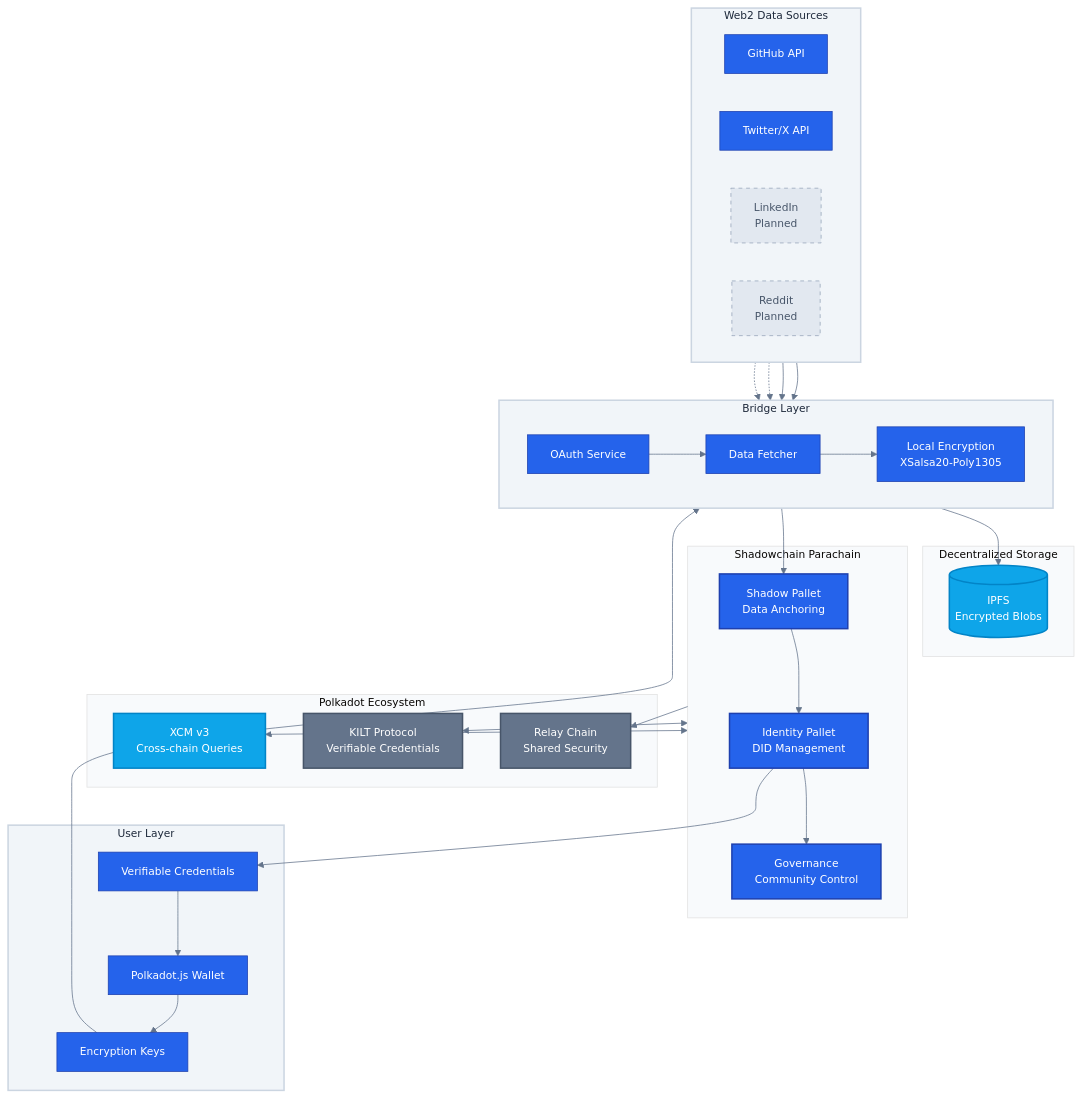
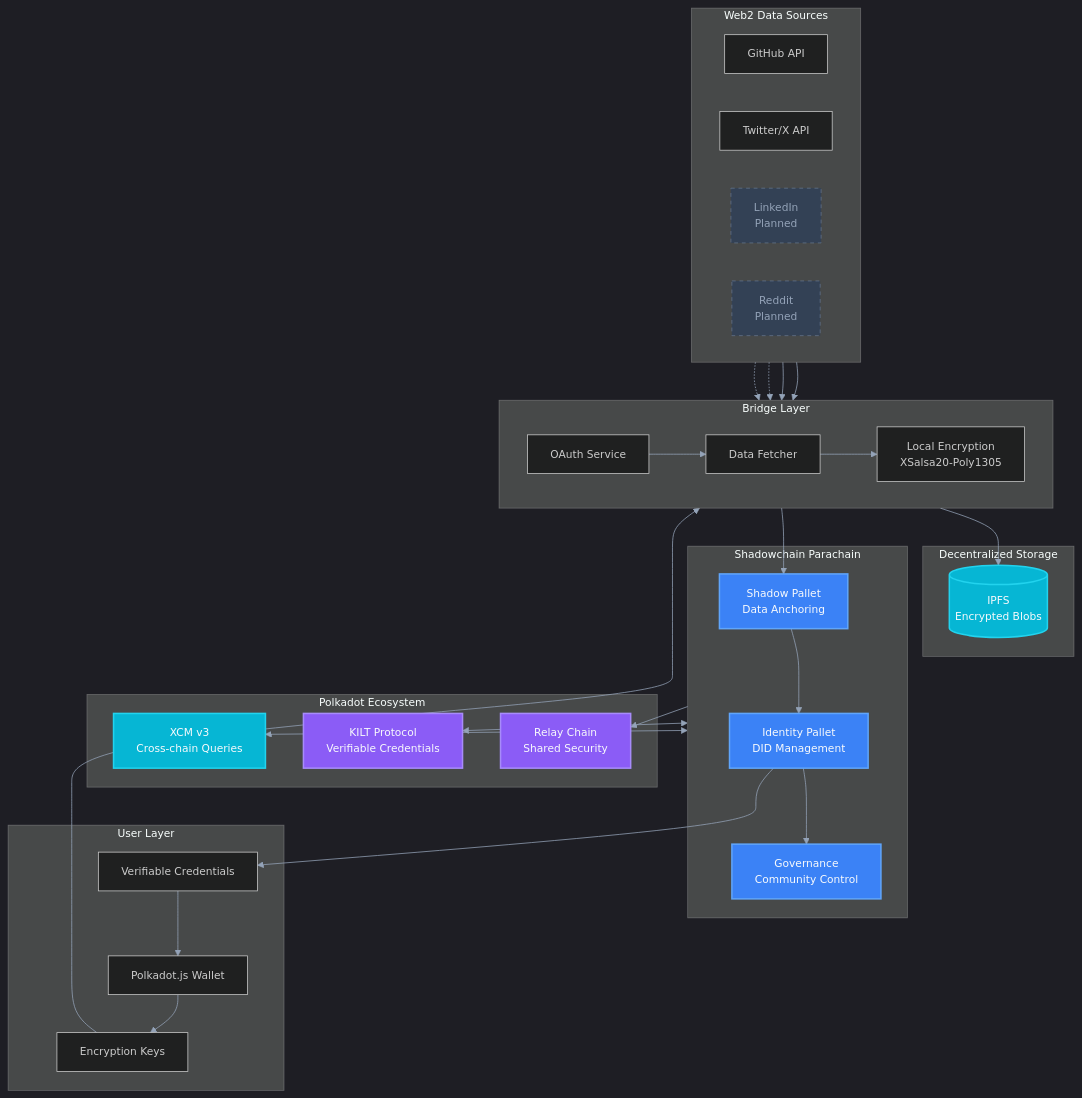
Before and after one commit to tufstraka/shadowchain: the first of 4 diagrams in README.md, drawn with Mermaid. The commit also changed other lines of this file, not shown here.

Commit message:
Switch to dark theme for better contrast in both modes

````diff
--- a/README.md
+++ b/README.md
@@ -109,75 +109,73 @@
 ```mermaid
-%%{init: {'theme':'base', 'themeVariables': { 'primaryColor':'#2563eb','primaryTextColor':'#fff','primaryBorderColor':'#1e40af','lineColor':'#64748b','secondaryColor':'#0ea5e9','tertiaryColor':'#f8fafc','fontSize':'14px'}}}%%
+%%{init: {'theme':'dark', 'themeVariables': { 'primaryColor':'#3b82f6','primaryTextColor':'#f8fafc','primaryBorderColor':'#60a5fa','lineColor':'#94a3b8','secondaryColor':'#06b6d4','tertiaryColor':'#475569','fontSize':'14px','fontFamily':'ui-sans-serif, system-ui, sans-serif'}}}%%
 graph TB
     subgraph sources["Web2 Data Sources"]
         direction LR
         gh[GitHub API]
         tw[Twitter/X API]
         li[LinkedIn<br/>Planned]
         rd[Reddit<br/>Planned]
     end
     
     subgraph bridge["Bridge Layer"]
         direction LR
         oauth[OAuth Service]
         fetch[Data Fetcher]
         encrypt[Local Encryption<br/>XSalsa20-Poly1305]
     end
     
     subgraph storage["Decentralized Storage"]
         ipfs[(IPFS<br/>Encrypted Blobs)]
     end
     
     subgraph chain["Shadowchain Parachain"]
         shadow[Shadow Pallet<br/>Data Anchoring]
         identity[Identity Pallet<br/>DID Management]
         gov[Governance<br/>Community Control]
     end
     
     subgraph polkadot["Polkadot Ecosystem"]
         relay[Relay Chain<br/>Shared Security]
         kilt[KILT Protocol<br/>Verifiable Credentials]
         xcm[XCM v3<br/>Cross-chain Queries]
     end
     
     subgraph user["User Layer"]
         wallet[Polkadot.js Wallet]
         keys[Encryption Keys]
         creds[Verifiable Credentials]
     end
     
     gh --> oauth
     tw --> oauth
     li -.-> oauth
     rd -.-> oauth
     
     oauth --> fetch
     fetch --> encrypt
     
     encrypt --> ipfs
     encrypt --> shadow
     
     shadow --> identity
     identity --> gov
     
     chain --> relay
     chain <--> kilt
     chain <--> xcm
     
     wallet --> keys
     keys --> encrypt
     identity --> creds
     creds --> wallet
     
-    classDef planned fill:#e2e8f0,stroke:#94a3b8,stroke-dasharray: 5 5,color:#475569
-    classDef primary fill:#2563eb,stroke:#1e40af,color:#fff,stroke-width:2px
-    classDef secondary fill:#0ea5e9,stroke:#0284c7,color:#fff,stroke-width:2px
-    classDef tertiary fill:#64748b,stroke:#475569,color:#fff,stroke-width:2px
-    classDef neutral fill:#f1f5f9,stroke:#cbd5e1,color:#1e293b,stroke-width:2px
+    classDef planned fill:#334155,stroke:#64748b,stroke-dasharray: 5 5,color:#94a3b8
+    classDef primary fill:#3b82f6,stroke:#60a5fa,color:#f8fafc,stroke-width:2px
+    classDef secondary fill:#06b6d4,stroke:#22d3ee,color:#f8fafc,stroke-width:2px
+    classDef tertiary fill:#8b5cf6,stroke:#a78bfa,color:#f8fafc,stroke-width:2px
     
     class li,rd planned
     class shadow,identity,gov primary
     class ipfs,xcm secondary
     class relay,kilt tertiary
-    class sources,bridge,user neutral
 ```
````
